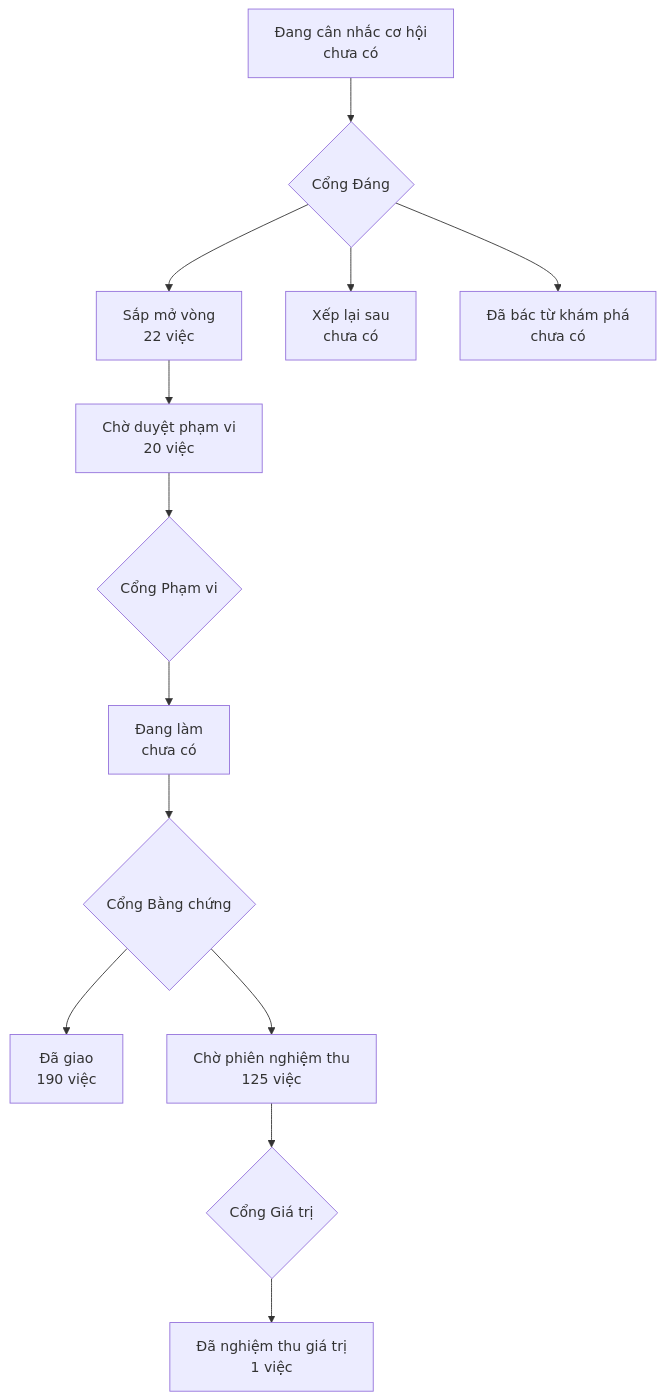
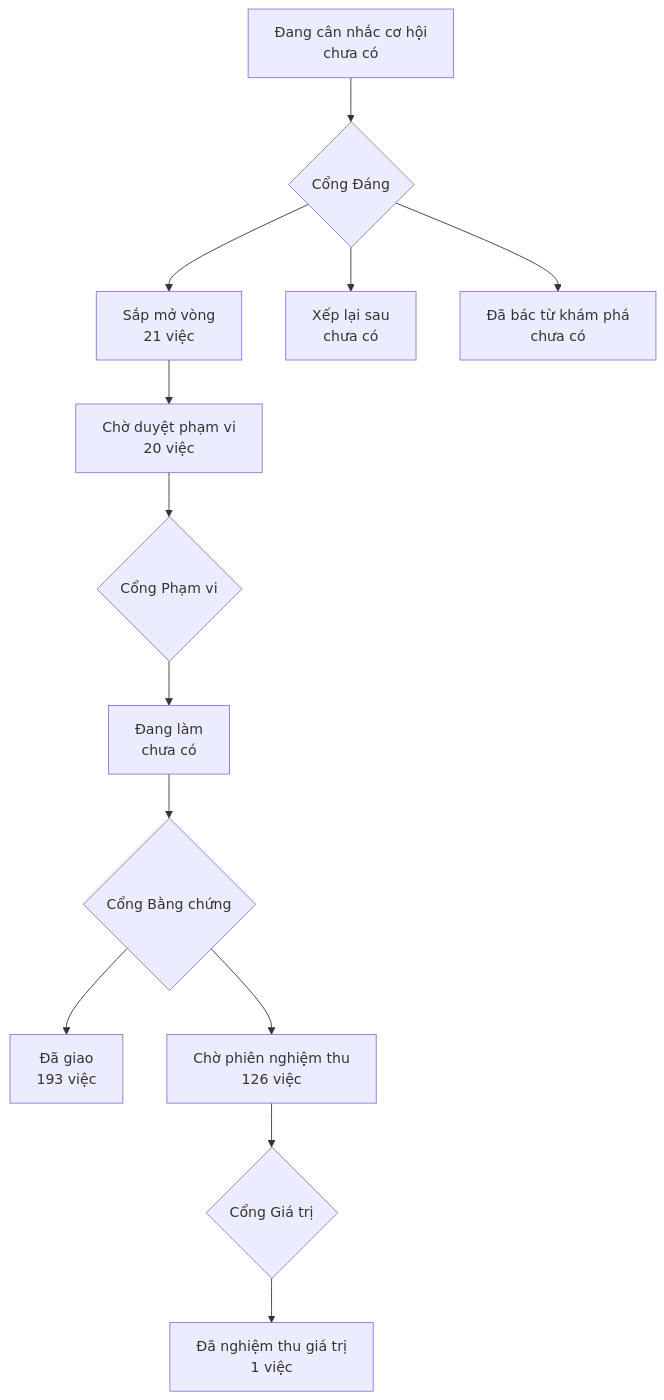
The diagram in PRODUCT-MAP.md (phanlemanh/onehub-invest), drawn with Mermaid before and after one commit. The commit also changed other lines of this file and 1 other file, not shown here.

Commit message:
chore: vẽ lại bản đồ sau khi nhận main 5cf94e26

````diff
--- a/PRODUCT-MAP.md
+++ b/PRODUCT-MAP.md
@@ -7,12 +7,12 @@
 ```mermaid
 flowchart TD
   A["Đang cân nhắc cơ hội<br/>chưa có"] --> GD{"Cổng Đáng"}
-  GD --> B["Sắp mở vòng<br/>22 việc"]
+  GD --> B["Sắp mở vòng<br/>21 việc"]
   GD --> XL["Xếp lại sau<br/>chưa có"]
   GD --> DB["Đã bác từ khám phá<br/>chưa có"]
   B --> CD["Chờ duyệt phạm vi<br/>20 việc"] --> GP{"Cổng Phạm vi"}
   GP --> DL["Đang làm<br/>chưa có"] --> GB{"Cổng Bằng chứng"}
-  GB --> DG["Đã giao<br/>190 việc"]
-  GB --> CN["Chờ phiên nghiệm thu<br/>125 việc"] --> GG{"Cổng Giá trị"}
+  GB --> DG["Đã giao<br/>193 việc"]
+  GB --> CN["Chờ phiên nghiệm thu<br/>126 việc"] --> GG{"Cổng Giá trị"}
   GG --> NT["Đã nghiệm thu giá trị<br/>1 việc"]
 ```
````
